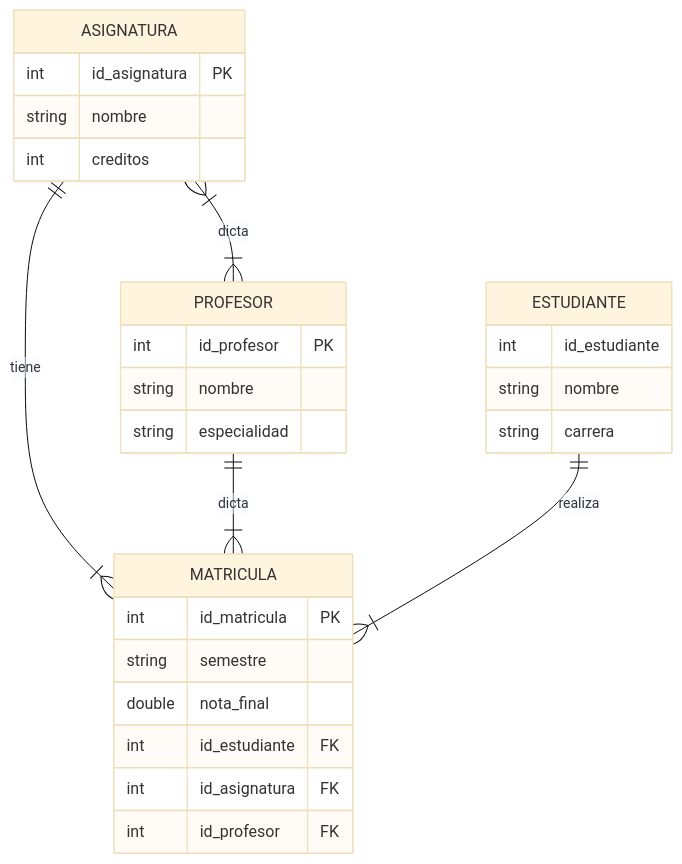
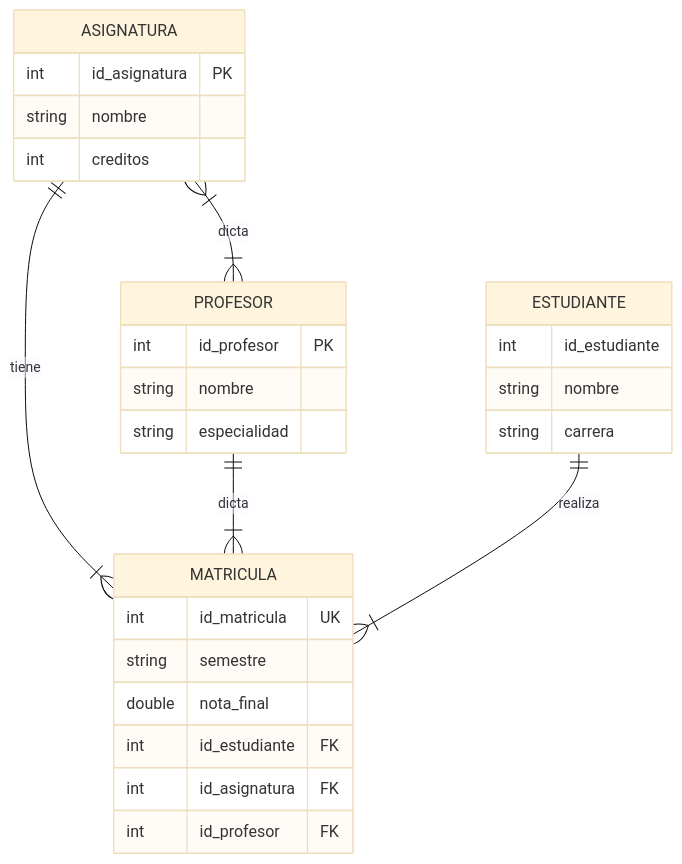
The third of 3 diagrams in readme.md (juliialzate/Diagramas-Entidad-Relaci-n), drawn with Mermaid (base theme) before and after one commit. The commit also changed other lines of this file, not shown here.

````diff
--- a/readme.md
+++ b/readme.md
@@ -72,37 +76,37 @@
 ```mermaid
 erDiagram
 	direction TB
 	MATRICULA {
-		int id_matricula PK ""  
+		int id_matricula UK ""  
 		string semestre  ""  
 		double nota_final  "" 
     int id_estudiante FK
     int id_asignatura FK
     int id_profesor FK 
 	}
 
 	ASIGNATURA {
 		int id_asignatura PK ""  
 		string nombre  ""  
 		int creditos  ""   
 	}
 
 	PROFESOR {
 		int id_profesor PK ""  
 		string nombre  ""
     string especialidad  
 		
 	}
 
   ESTUDIANTE {
     int id_estudiante
     string nombre
     string carrera
   }
 
     
     ASIGNATURA ||--|{ MATRICULA : tiene
     ASIGNATURA }|--|{ PROFESOR : dicta
     PROFESOR ||--|{ MATRICULA : dicta
     ESTUDIANTE ||--|{ MATRICULA : realiza
 ```  
````
